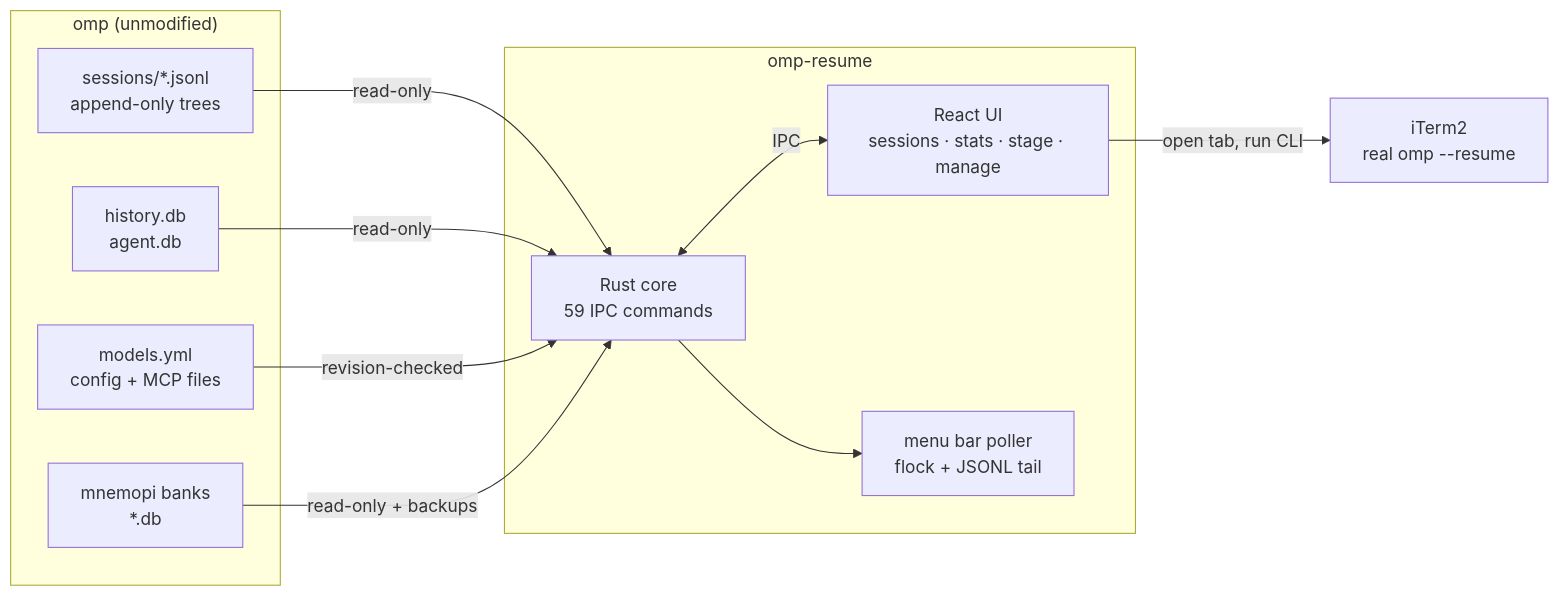
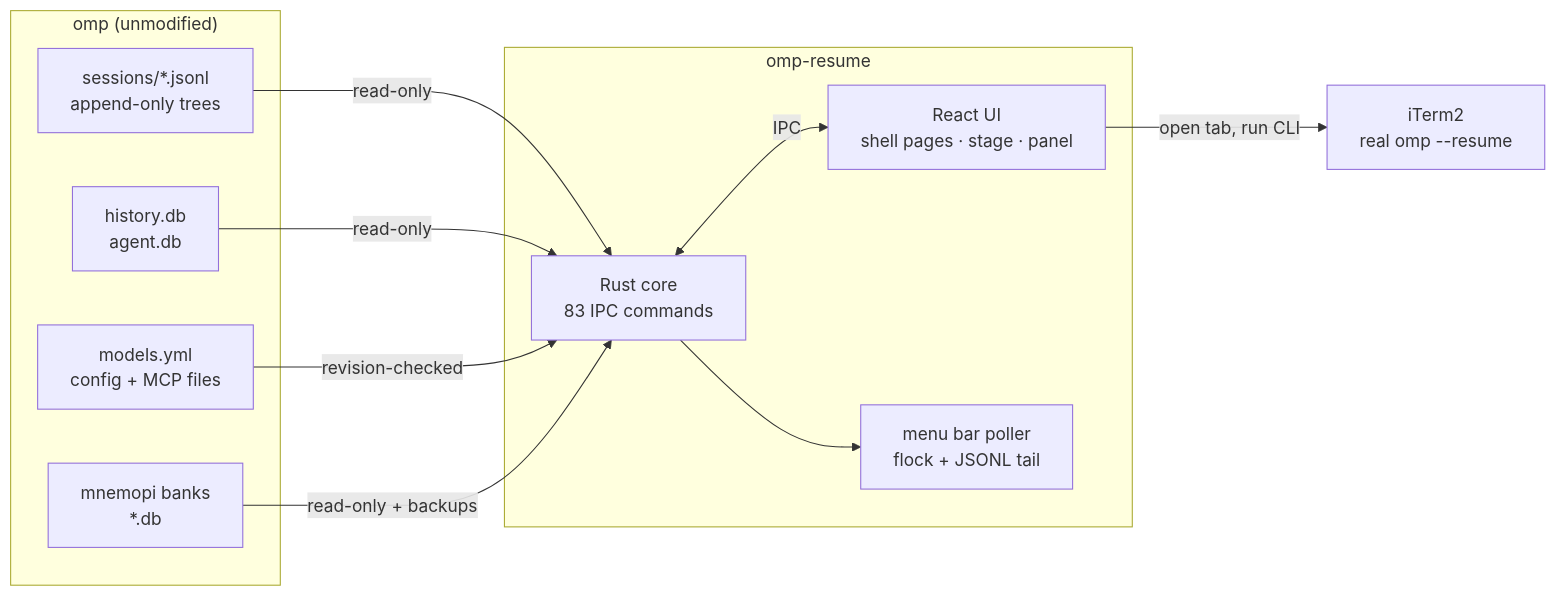
Before and after one commit to cjcj5438/omp-resume: the diagram in README.md, drawn with Mermaid. The commit also changed other lines of this file and 4 other files, not shown here.

````diff
--- a/README.md
+++ b/README.md
@@ -174,25 +183,25 @@
 ```mermaid
 flowchart LR
     subgraph omp["omp (unmodified)"]
         SJ["sessions/*.jsonl<br/>append-only trees"]
         DB["history.db<br/>agent.db"]
         CFG["models.yml<br/>config + MCP files"]
         MEM["mnemopi banks<br/>*.db"]
     end
 
     subgraph app["omp-resume"]
-        RS["Rust core<br/>59 IPC commands"]
-        UI["React UI<br/>sessions · stats · stage · manage"]
+        RS["Rust core<br/>83 IPC commands"]
+        UI["React UI<br/>shell pages · stage · panel"]
         MB["menu bar poller<br/>flock + JSONL tail"]
     end
 
     IT["iTerm2<br/>real omp --resume"]
 
     SJ -->|read-only| RS
     DB -->|read-only| RS
     CFG -->|revision-checked| RS
     MEM -->|read-only + backups| RS
     RS <-->|IPC| UI
     RS --> MB
     UI -->|"open tab, run CLI"| IT
 ```
````
